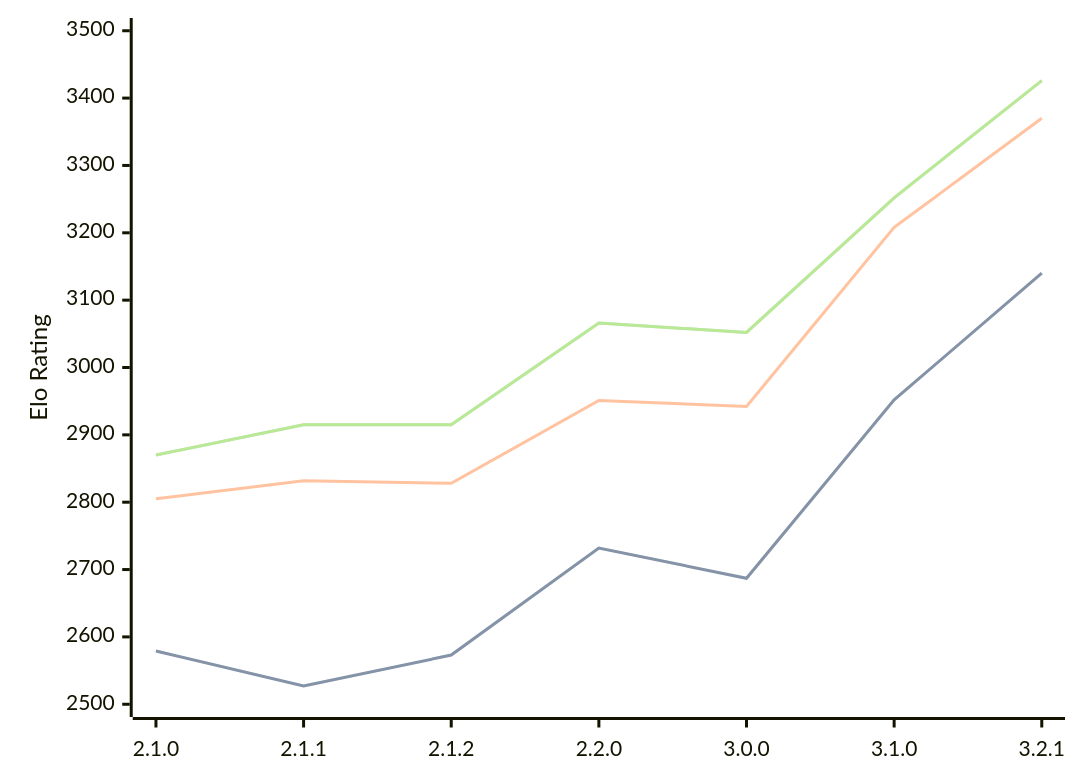
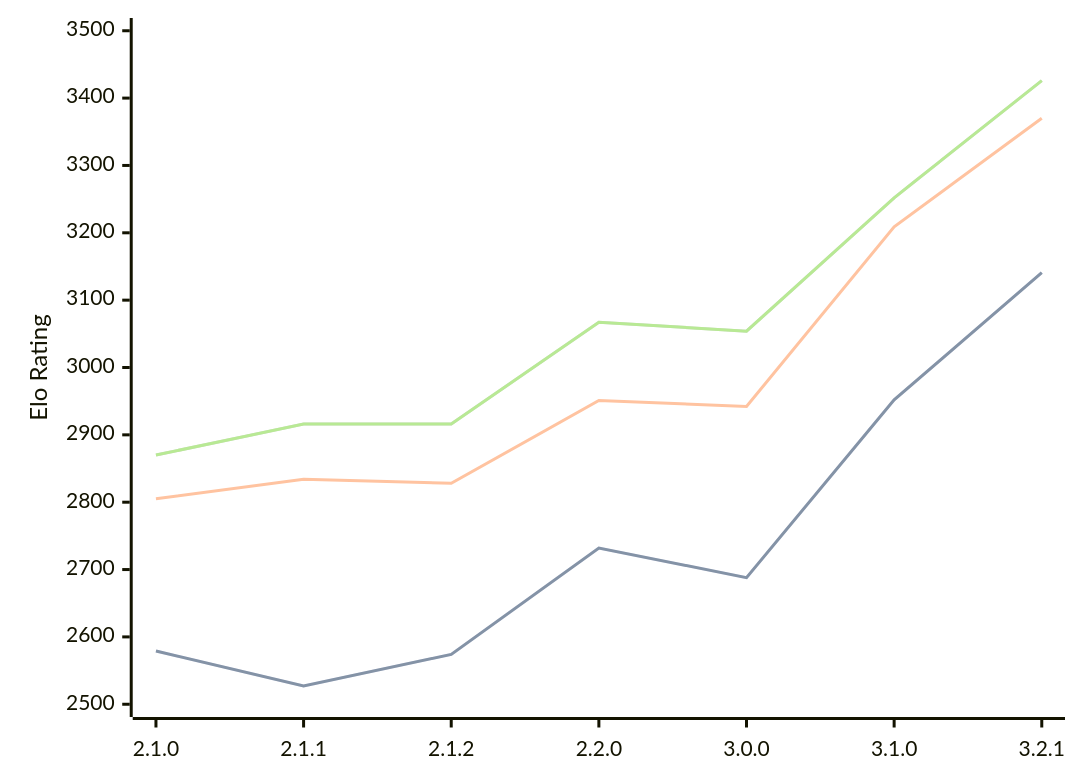
One commit to computer-chess-index/cci changed the diagram in engines/Prune.md. Above: the diagram before and after it, drawn with Mermaid. The commit also changed other lines of this file, not shown here.

Commit message:
Update CCI Ratings (ELO VLTC) - 2026-05-03

````diff
--- a/engines/Prune.md
+++ b/engines/Prune.md
@@ -42,11 +42,11 @@
 ```mermaid
 %%{init: {"theme":"base","themeVariables":{"seriesColors:['#a3a3a3','#222221','#faa371']}}}%%
 xychart-beta
   x-axis ["2.1.0", "2.1.1", "2.1.2", "2.2.0", "3.0.0", "3.1.0", "3.2.1"]
   y-axis "Elo Rating" 2500 --> 3500
-  line "STC (8.0+0.08s)" [2579, 2527, 2573, 2732, 2687, 2952, 3140]
-  line "STC (8.0+0.08s)" [2579, 2527, 2573, 2732, 2687, 2952, 3140]
-  line "LTC (60.0+0.60s)" [2805, 2832, 2828, 2951, 2942, 3208, 3370]
-  line "VLTC (2m24s+1.12s)" [2870, 2915, 2915, 3066, 3052, 3252, 3426]
-  line "VLTC (2m24s+1.12s)" [2870, 2915, 2915, 3066, 3052, 3252, 3426]
+  line "STC (8.0+0.08s)" [2579, 2527, 2574, 2732, 2688, 2952, 3141]
+  line "STC (8.0+0.08s)" [2579, 2527, 2574, 2732, 2688, 2952, 3141]
+  line "LTC (60.0+0.60s)" [2805, 2834, 2828, 2951, 2942, 3209, 3370]
+  line "VLTC (2m24s+1.12s)" [2870, 2916, 2916, 3067, 3054, 3252, 3426]
+  line "VLTC (2m24s+1.12s)" [2870, 2916, 2916, 3067, 3054, 3252, 3426]
 ```
````
